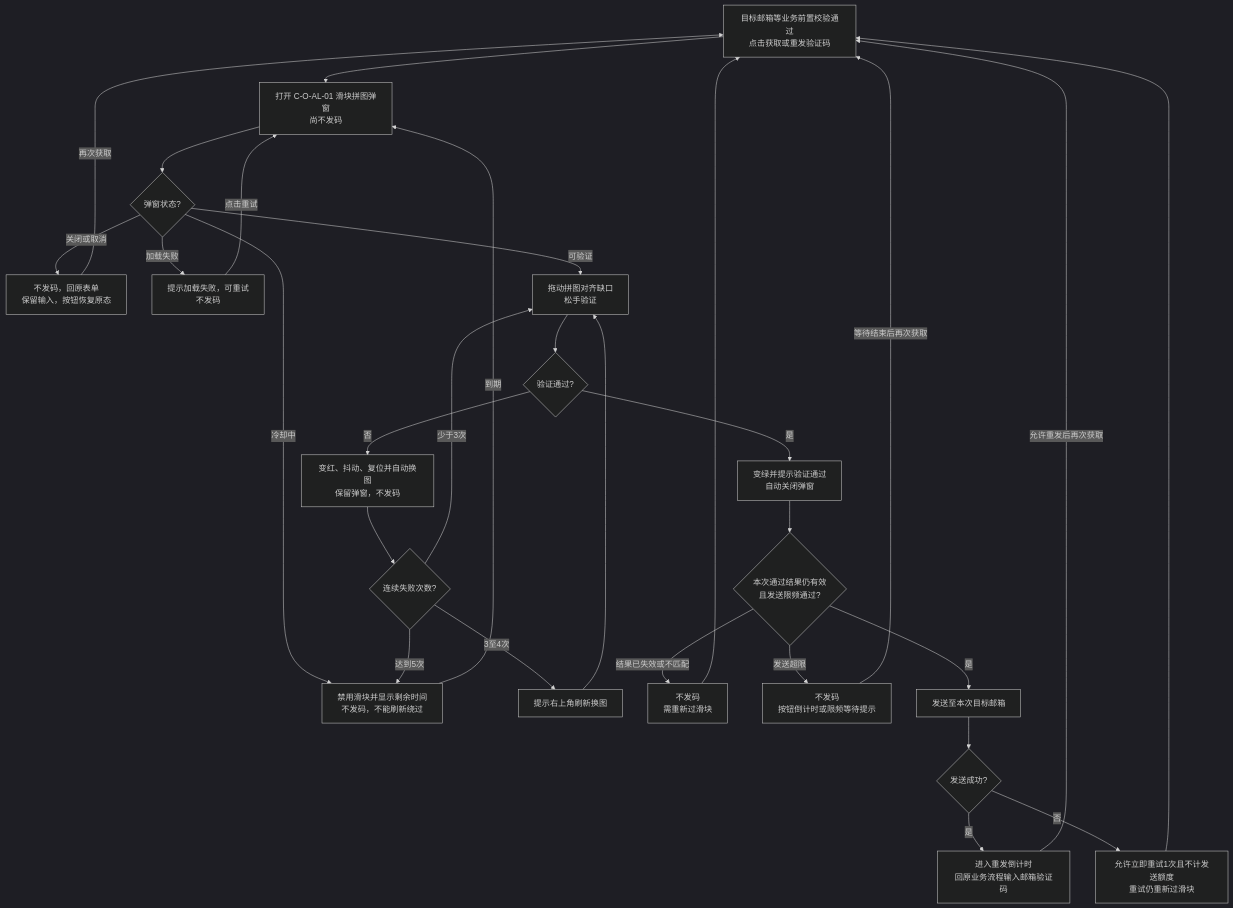
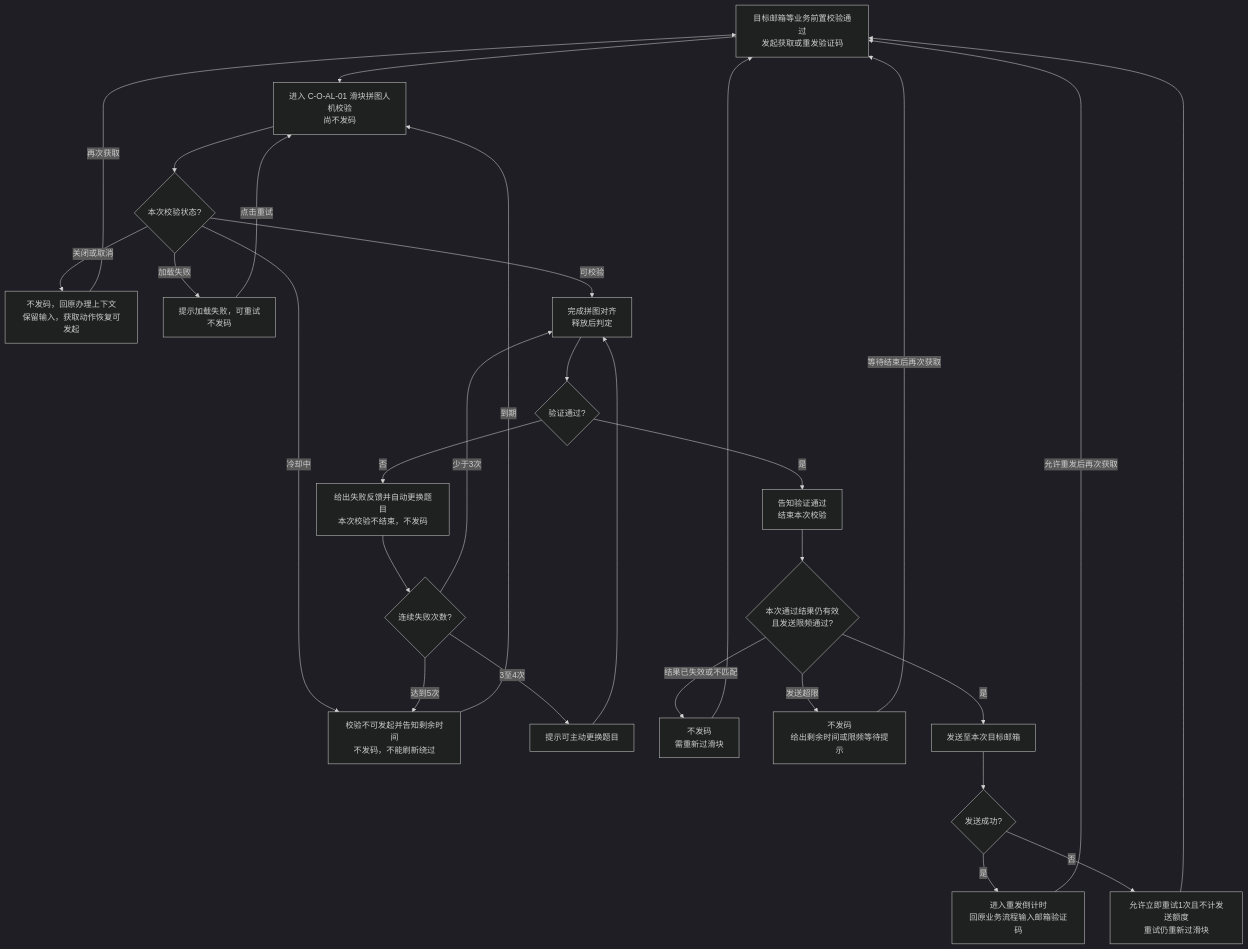
Before and after one commit to wxblockchain/Chain-Financing: the sixth of 10 diagrams in lending-platform/PRD/v1.0-运营端账户与登录/02-运营端账户与登录-流程图与状态机.md, drawn with Mermaid (dark theme). The commit also changed other lines of this file and 4 other files, not shown here.

````diff
--- a/lending-platform/PRD/v1.0-运营端账户与登录/02-运营端账户与登录-流程图与状态机.md
+++ b/lending-platform/PRD/v1.0-运营端账户与登录/02-运营端账户与登录-流程图与状态机.md
@@ -136,31 +134,31 @@
 ```mermaid
 flowchart TD
-    A["目标邮箱等业务前置校验通过<br/>点击获取或重发验证码"] --> B["打开 C-O-AL-01 滑块拼图弹窗<br/>尚不发码"]
-    B --> C{"弹窗状态?"}
-    C -->|关闭或取消| X["不发码，回原表单<br/>保留输入，按钮恢复原态"]
+    A["目标邮箱等业务前置校验通过<br/>发起获取或重发验证码"] --> B["进入 C-O-AL-01 滑块拼图人机校验<br/>尚不发码"]
+    B --> C{"本次校验状态?"}
+    C -->|关闭或取消| X["不发码，回原办理上下文<br/>保留输入，获取动作恢复可发起"]
     C -->|加载失败| Y["提示加载失败，可重试<br/>不发码"]
     Y -->|点击重试| B
-    C -->|冷却中| Z["禁用滑块并显示剩余时间<br/>不发码，不能刷新绕过"]
+    C -->|冷却中| Z["校验不可发起并告知剩余时间<br/>不发码，不能刷新绕过"]
     Z -->|到期| B
-    C -->|可验证| D["拖动拼图对齐缺口<br/>松手验证"]
+    C -->|可校验| D["完成拼图对齐<br/>释放后判定"]
     D --> E{"验证通过?"}
-    E -->|否| F["变红、抖动、复位并自动换图<br/>保留弹窗，不发码"]
+    E -->|否| F["给出失败反馈并自动更换题目<br/>本次校验不结束，不发码"]
     F --> G{"连续失败次数?"}
     G -->|少于3次| D
-    G -->|3至4次| H["提示右上角刷新换图"]
+    G -->|3至4次| H["提示可主动更换题目"]
     H --> D
     G -->|达到5次| Z
-    E -->|是| I["变绿并提示验证通过<br/>自动关闭弹窗"]
+    E -->|是| I["告知验证通过<br/>结束本次校验"]
     I --> J{"本次通过结果仍有效<br/>且发送限频通过?"}
     J -->|结果已失效或不匹配| K["不发码<br/>需重新过滑块"]
-    J -->|发送超限| L["不发码<br/>按钮倒计时或限频等待提示"]
+    J -->|发送超限| L["不发码<br/>给出剩余时间或限频等待提示"]
     J -->|是| M["发送至本次目标邮箱"]
     M --> N{"发送成功?"}
     N -->|是| O["进入重发倒计时<br/>回原业务流程输入邮箱验证码"]
     N -->|否| P["允许立即重试1次且不计发送额度<br/>重试仍重新过滑块"]
     P --> A
     K --> A
     X -->|再次获取| A
     L -->|等待结束后再次获取| A
     O -->|允许重发后再次获取| A
 ```
````
